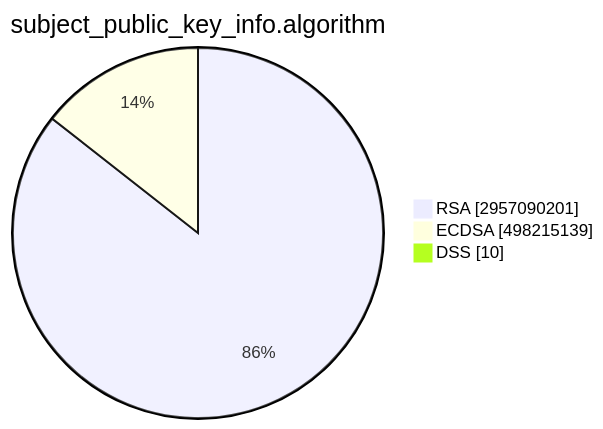
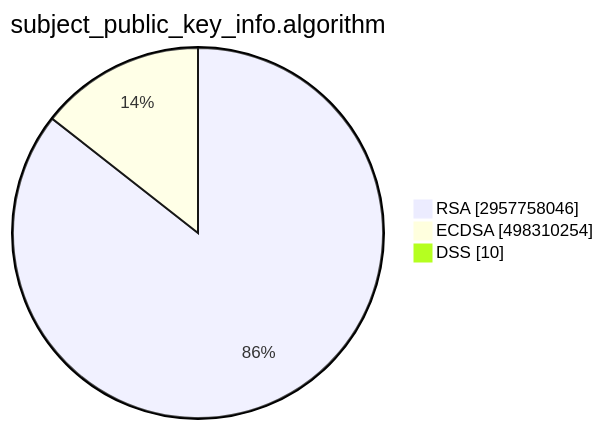
One commit to christiankrug/ctmonitor_visualization changed the second of 15 diagrams in TOTAL/README.md. Above: the diagram before and after it, drawn with Mermaid. The commit also changed other lines of this file, not shown here.

````diff
--- a/TOTAL/README.md
+++ b/TOTAL/README.md
@@ -6,7 +6,7 @@
 ```mermaid
 pie showData
 title subject_public_key_info.algorithm
-"RSA" :2957090201
-"ECDSA" :498215139
+"RSA" :2957758046
+"ECDSA" :498310254
 "DSS" :10
 ```
````
